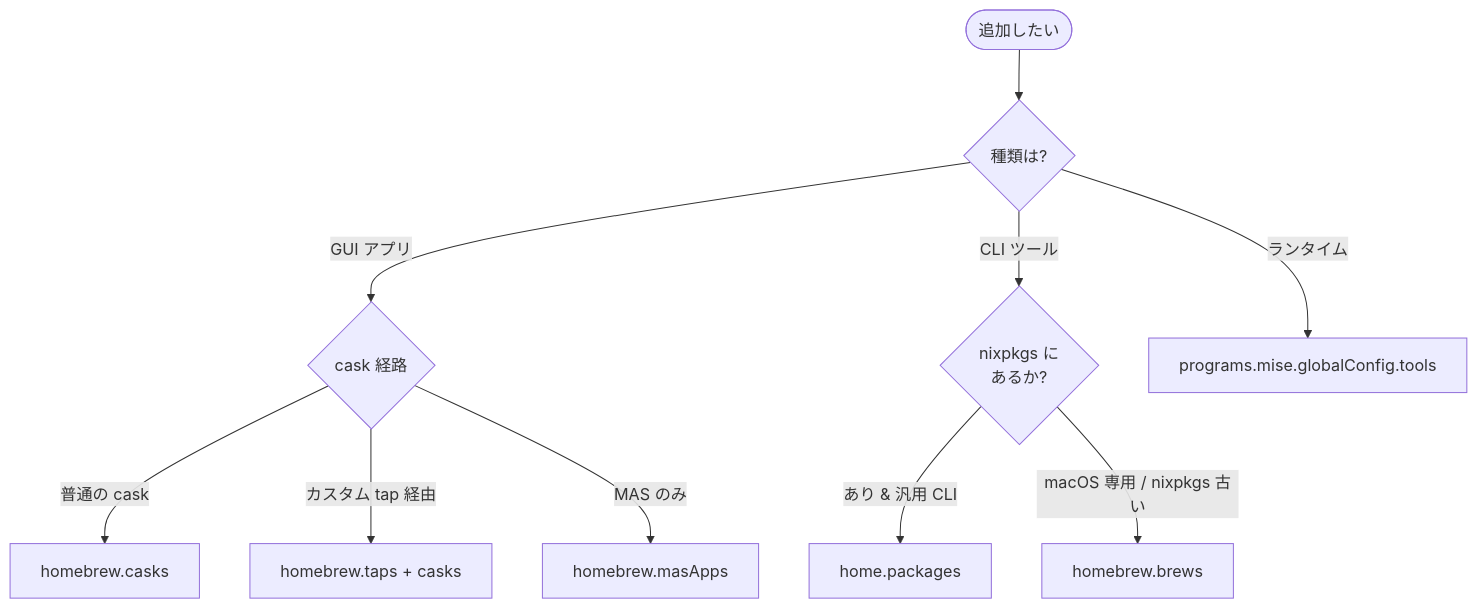
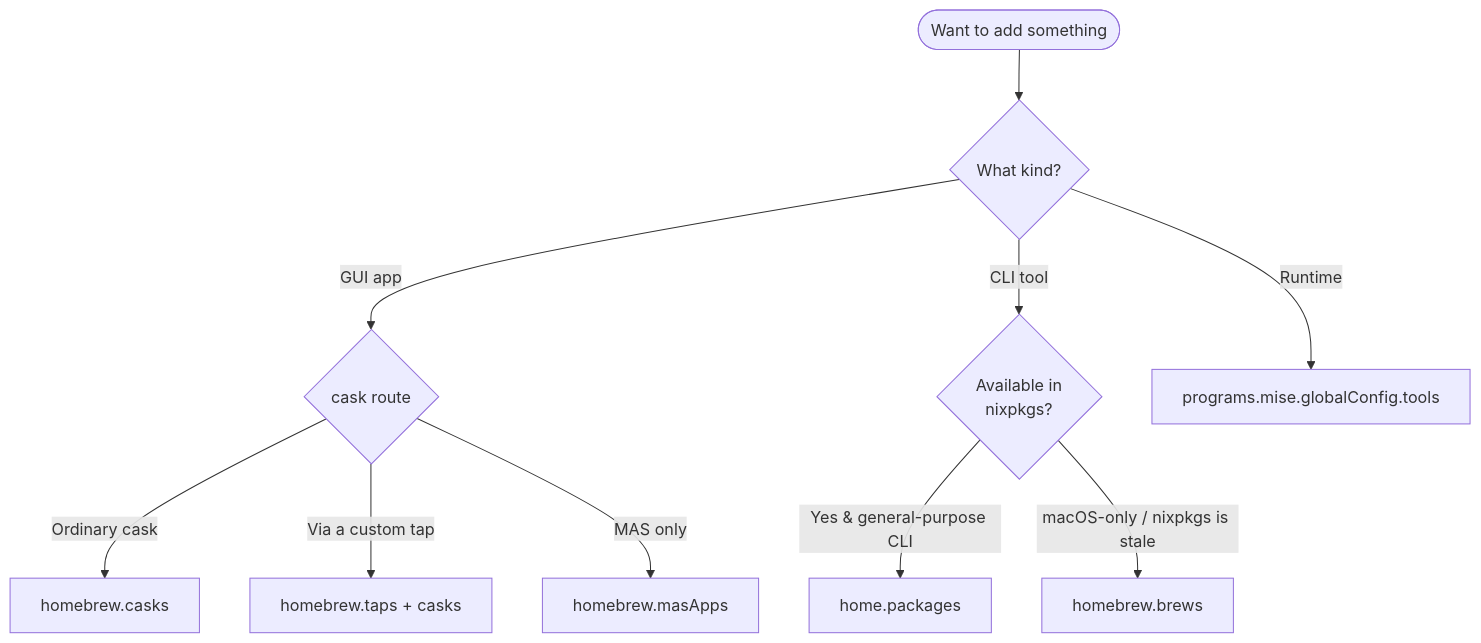
The second of 2 diagrams in docs/glossary.md (akira-toriyama/dotfiles), drawn with Mermaid before and after one commit. The commit also changed other lines of this file and 3 other files, not shown here.

````diff
--- a/docs/glossary.md
+++ b/docs/glossary.md
@@ -72,12 +70,12 @@
 ```mermaid
 flowchart TD
-  Start([追加したい]) --> Q1{種類は?}
-  Q1 -->|GUI アプリ| Q2{cask 経路}
-  Q1 -->|CLI ツール| Q3{nixpkgs に<br/>あるか?}
-  Q1 -->|ランタイム| M["programs.mise.globalConfig.tools"]
-  Q2 -->|普通の cask| C1["homebrew.casks"]
-  Q2 -->|カスタム tap 経由| C2["homebrew.taps + casks"]
-  Q2 -->|MAS のみ| C3["homebrew.masApps"]
-  Q3 -->|あり & 汎用 CLI| N1["home.packages"]
-  Q3 -->|macOS 専用 / nixpkgs 古い| C4["homebrew.brews"]
+  Start([Want to add something]) --> Q1{What kind?}
+  Q1 -->|GUI app| Q2{cask route}
+  Q1 -->|CLI tool| Q3{Available in<br/>nixpkgs?}
+  Q1 -->|Runtime| M["programs.mise.globalConfig.tools"]
+  Q2 -->|Ordinary cask| C1["homebrew.casks"]
+  Q2 -->|Via a custom tap| C2["homebrew.taps + casks"]
+  Q2 -->|MAS only| C3["homebrew.masApps"]
+  Q3 -->|Yes & general-purpose CLI| N1["home.packages"]
+  Q3 -->|macOS-only / nixpkgs is stale| C4["homebrew.brews"]
 ```
````
